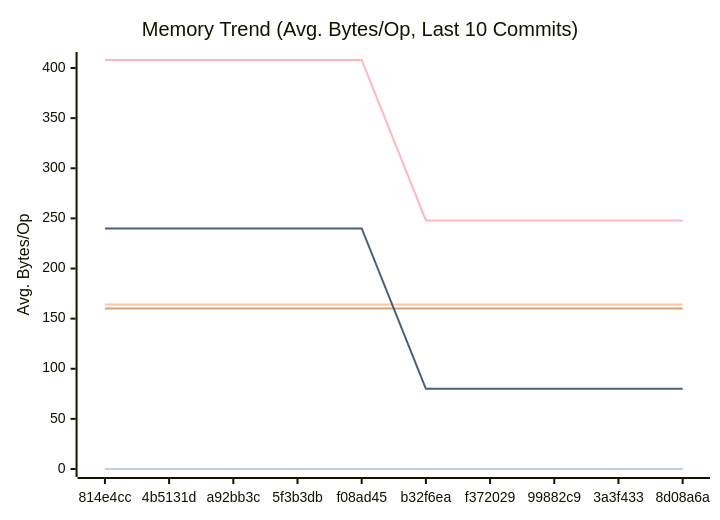
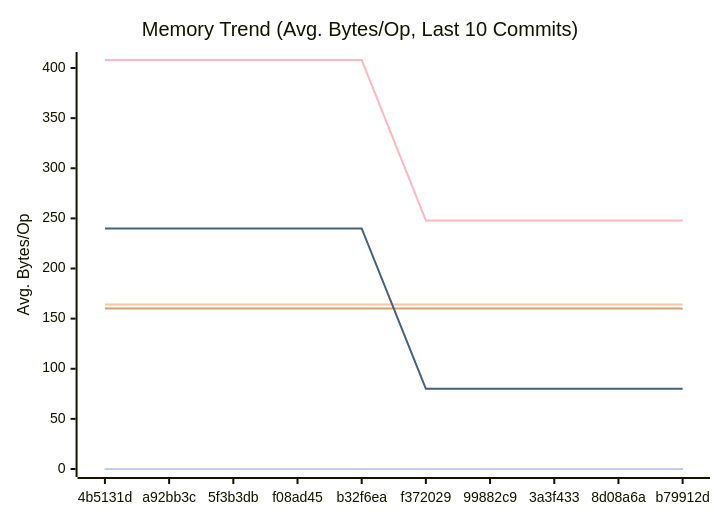
Before and after one commit to alsotoes/momo: the second of 3 diagrams in docs/PERFORMANCE.md, drawn with Mermaid. The commit also changed other lines of this file and 2 other files, not shown here.

````diff
--- a/docs/PERFORMANCE.md
+++ b/docs/PERFORMANCE.md
@@ -97,16 +97,16 @@
 ```mermaid
 xychart-beta
     title "Memory Trend (Avg. Bytes/Op, Last 10 Commits)"
     x-axis "Commit"
     y-axis "Avg. Bytes/Op"
-    x-axis [814e4cc,4b5131d,a92bb3c,5f3b3db,f08ad45,b32f6ea,f372029,99882c9,3a3f433,8d08a6a]
+    x-axis [4b5131d,a92bb3c,5f3b3db,f08ad45,b32f6ea,f372029,99882c9,3a3f433,8d08a6a,b79912d]
     line "CheckMetricsAndSwap" [0,0,0,0,0,0,0,0,0,0]
     line "CrushOptimized" [0,0,0,0,0,0,0,0,0,0]
     line "CrushOriginal" [164,164,164,164,164,164,164,164,164,164]
     line "IndexDirectTracking" [0,0,0,0,0,0,0,0,0,0]
     line "IndexSearch" [0,0,0,0,0,0,0,0,0,0]
     line "LoadGlobalConfig" [160,160,160,160,160,160,160,160,160,160]
     line "PadString" [0,0,0,0,0,0,0,0,0,0]
     line "ParseReplicationOrder_NoPrealloc" [408,408,408,408,408,248,248,248,248,248]
     line "ParseReplicationOrder_Prealloc" [240,240,240,240,240,80,80,80,80,80]
 ```
````
